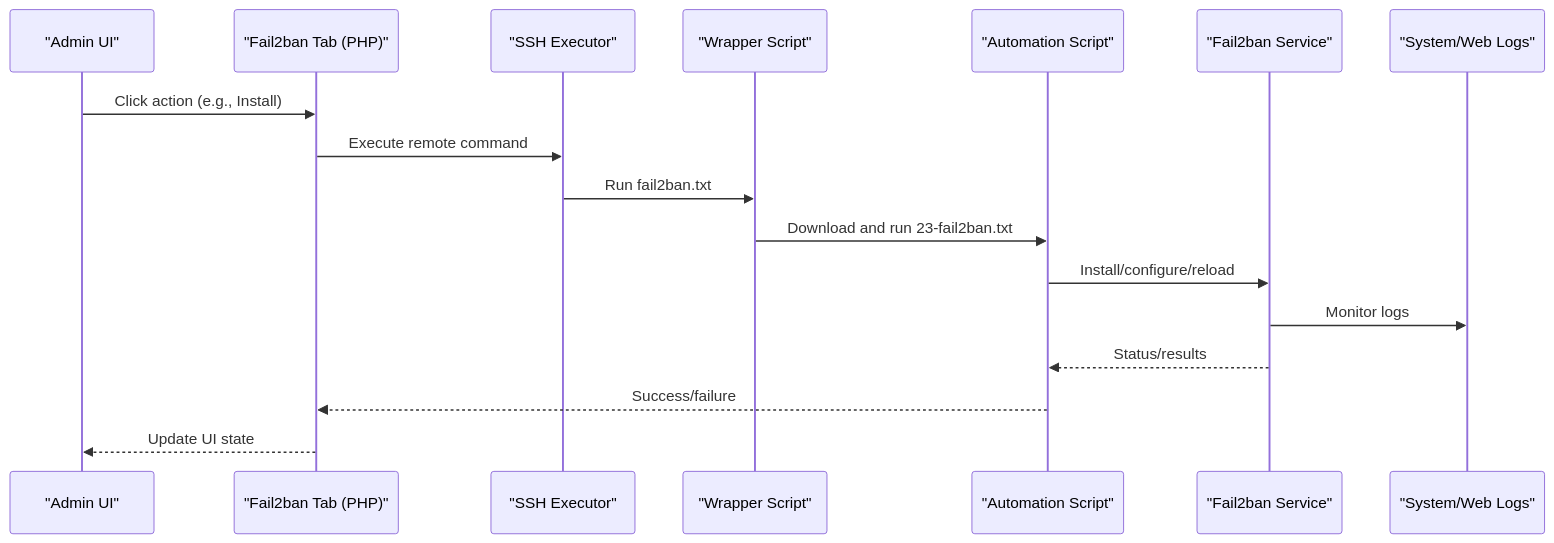
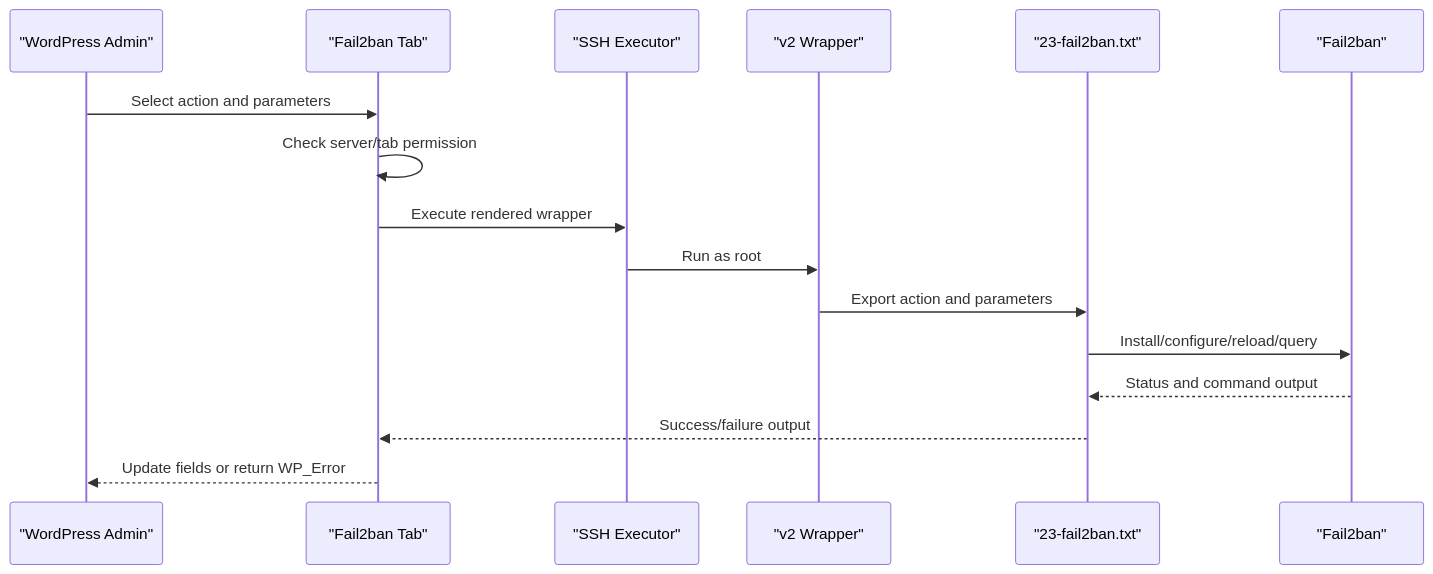
Before and after one commit to onedogsolutions/simple-stack: the second of 2 diagrams in .qoder/repowiki/en/content/Operational Tools/Security Hardening Tools/Intrusion Detection & Prevention.md, drawn with Mermaid. The commit also changed other lines of this file and 5941 other files, not shown here.

````diff
--- a/.qoder/repowiki/en/content/Operational Tools/Security Hardening Tools/Intrusion Detection & Prevention.md
+++ b/.qoder/repowiki/en/content/Operational Tools/Security Hardening Tools/Intrusion Detection & Prevention.md
@@ -109,19 +77,19 @@
 ```mermaid
 sequenceDiagram
-participant Admin as "Admin UI"
-participant PHP as "Fail2ban Tab (PHP)"
-participant SSH as "SSH Executor"
-participant Wrapper as "Wrapper Script"
-participant Auto as "Automation Script"
-participant F2b as "Fail2ban Service"
-participant Logs as "System/Web Logs"
-Admin->>PHP : Click action (e.g., Install)
-PHP->>SSH : Execute remote command
-SSH->>Wrapper : Run fail2ban.txt
-Wrapper->>Auto : Download and run 23-fail2ban.txt
-Auto->>F2b : Install/configure/reload
-F2b->>Logs : Monitor logs
-F2b-->>Auto : Status/results
-Auto-->>PHP : Success/failure
-PHP-->>Admin : Update UI state
+    participant Admin as "WordPress Admin"
+    participant Tab as "Fail2ban Tab"
+    participant SSH as "SSH Executor"
+    participant Wrapper as "v2 Wrapper"
+    participant Script as "23-fail2ban.txt"
+    participant Service as "Fail2ban"
+
+    Admin->>Tab : Select action and parameters
+    Tab->>Tab : Check server/tab permission
+    Tab->>SSH : Execute rendered wrapper
+    SSH->>Wrapper : Run as root
+    Wrapper->>Script : Export action and parameters
+    Script->>Service : Install/configure/reload/query
+    Service-->>Script : Status and command output
+    Script-->>Tab : Success/failure output
+    Tab-->>Admin : Update fields or return WP_Error
 ```
````
